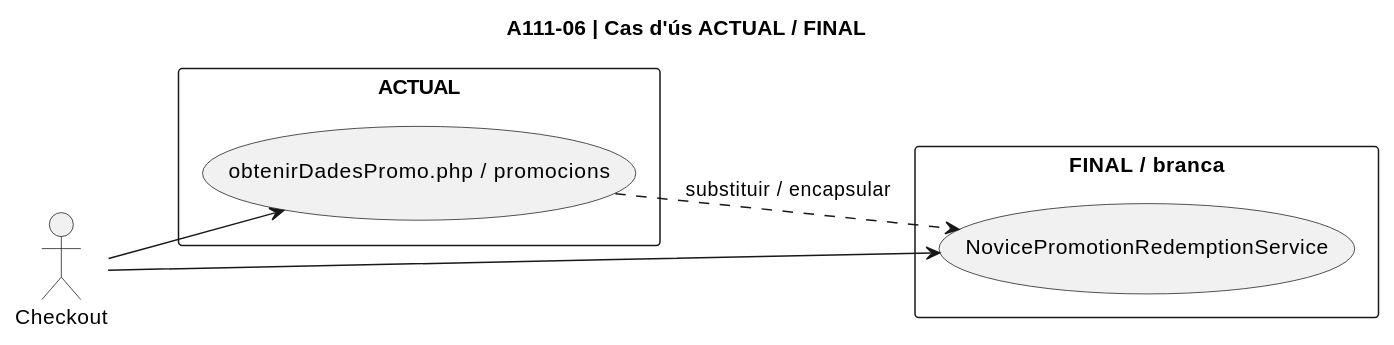
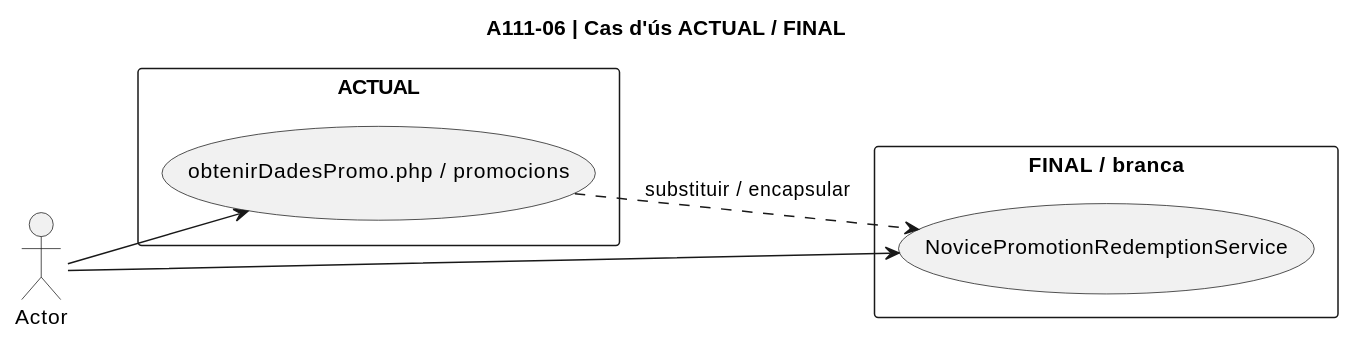
Diagram 21 of 48 in documentacio/07-uml-integrat/uc-111-diagrames-per-accio.md (orgmeriemprismacat-del/verifactu), drawn with PlantUML before and after one commit. The commit also changed other lines of this file, not shown here.

Commit message:
docs UC-111 diagrams: remove duplicate sequence actors and use stable action-card links

````diff
--- a/documentacio/07-uml-integrat/uc-111-diagrames-per-accio.md
+++ b/documentacio/07-uml-integrat/uc-111-diagrames-per-accio.md
@@ -407,16 +397,15 @@
 ```plantuml
 @startuml
 title A111-06 | Cas d'ús ACTUAL / FINAL
 left to right direction
-actor "Checkout" as Actor
 rectangle "ACTUAL" {
   usecase "obtenirDadesPromo.php / promocions" as Current
 }
 rectangle "FINAL / branca" {
   usecase "NovicePromotionRedemptionService" as Target
 }
 Actor --> Current
 Actor --> Target
 Current ..> Target : substituir / encapsular
 @enduml
 ```
````
